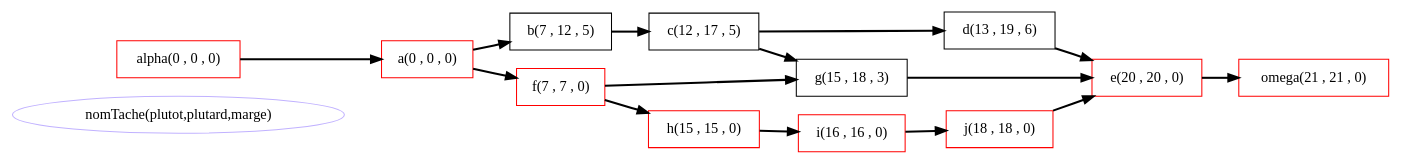
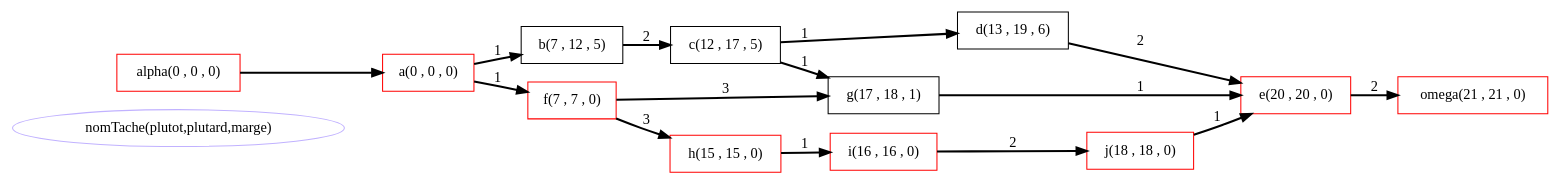
The diagram in graphviz.dot (DupontC/RO_Ordonnancement-Couplages), drawn with Graphviz before and after one commit. The commit also changed 12 other files, not shown here.

Commit message:
couplage version 1.0 avec affichage des ressources sous graphize

```diff
--- a/graphviz.dot
+++ b/graphviz.dot
@@ -1,30 +1,30 @@
 digraph G{
 rankdir = LR;
 make_string [label="nomTache(plutot,plutard,marge)",color=".7 .3 1.0"];
 "a(0 , 0 , 0)"[color=red][shape=box];
 "alpha(0 , 0 , 0)"[color=red][shape=box];
 "b(7 , 12 , 5)"[shape=box];
 "c(12 , 17 , 5)"[shape=box];
 "d(13 , 19 , 6)"[shape=box];
 "e(20 , 20 , 0)"[color=red][shape=box];
 "f(7 , 7 , 0)"[color=red][shape=box];
-"g(15 , 18 , 3)"[shape=box];
+"g(17 , 18 , 1)"[shape=box];
 "h(15 , 15 , 0)"[color=red][shape=box];
 "i(16 , 16 , 0)"[color=red][shape=box];
 "j(18 , 18 , 0)"[color=red][shape=box];
 "omega(21 , 21 , 0)"[color=red][shape=box];
-"alpha(0 , 0 , 0)" -> "a(0 , 0 , 0)"[style=bold];
-"a(0 , 0 , 0)" -> "b(7 , 12 , 5)"[style=bold];
-"b(7 , 12 , 5)" -> "c(12 , 17 , 5)"[style=bold];
-"c(12 , 17 , 5)" -> "d(13 , 19 , 6)"[style=bold];
-"d(13 , 19 , 6)" -> "e(20 , 20 , 0)"[style=bold];
-"g(15 , 18 , 3)" -> "e(20 , 20 , 0)"[style=bold];
-"j(18 , 18 , 0)" -> "e(20 , 20 , 0)"[style=bold];
-"a(0 , 0 , 0)" -> "f(7 , 7 , 0)"[style=bold];
-"f(7 , 7 , 0)" -> "g(15 , 18 , 3)"[style=bold];
-"c(12 , 17 , 5)" -> "g(15 , 18 , 3)"[style=bold];
-"f(7 , 7 , 0)" -> "h(15 , 15 , 0)"[style=bold];
-"h(15 , 15 , 0)" -> "i(16 , 16 , 0)"[style=bold];
-"i(16 , 16 , 0)" -> "j(18 , 18 , 0)"[style=bold];
-"e(20 , 20 , 0)" -> "omega(21 , 21 , 0)"[style=bold];
+"alpha(0 , 0 , 0)" -> "a(0 , 0 , 0)"[style=bold label=""];
+"a(0 , 0 , 0)" -> "b(7 , 12 , 5)"[style=bold label="1"];
+"b(7 , 12 , 5)" -> "c(12 , 17 , 5)"[style=bold label="2"];
+"c(12 , 17 , 5)" -> "d(13 , 19 , 6)"[style=bold label="1"];
+"d(13 , 19 , 6)" -> "e(20 , 20 , 0)"[style=bold label="2"];
+"g(17 , 18 , 1)" -> "e(20 , 20 , 0)"[style=bold label="1"];
+"j(18 , 18 , 0)" -> "e(20 , 20 , 0)"[style=bold label="1"];
+"a(0 , 0 , 0)" -> "f(7 , 7 , 0)"[style=bold label="1"];
+"f(7 , 7 , 0)" -> "g(17 , 18 , 1)"[style=bold label="3"];
+"c(12 , 17 , 5)" -> "g(17 , 18 , 1)"[style=bold label="1"];
+"f(7 , 7 , 0)" -> "h(15 , 15 , 0)"[style=bold label="3"];
+"h(15 , 15 , 0)" -> "i(16 , 16 , 0)"[style=bold label="1"];
+"i(16 , 16 , 0)" -> "j(18 , 18 , 0)"[style=bold label="2"];
+"e(20 , 20 , 0)" -> "omega(21 , 21 , 0)"[style=bold label="2"];
 }
```
